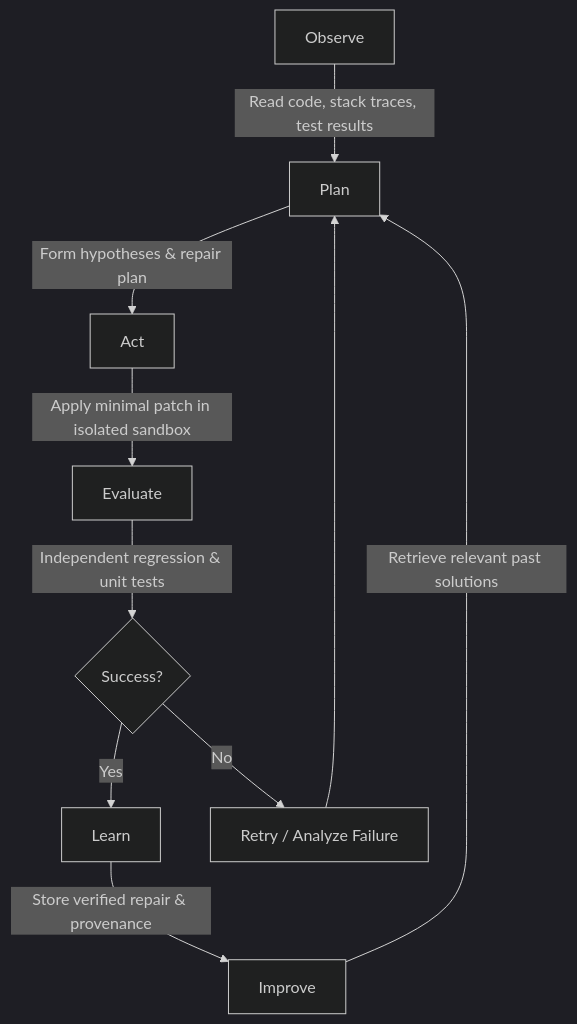
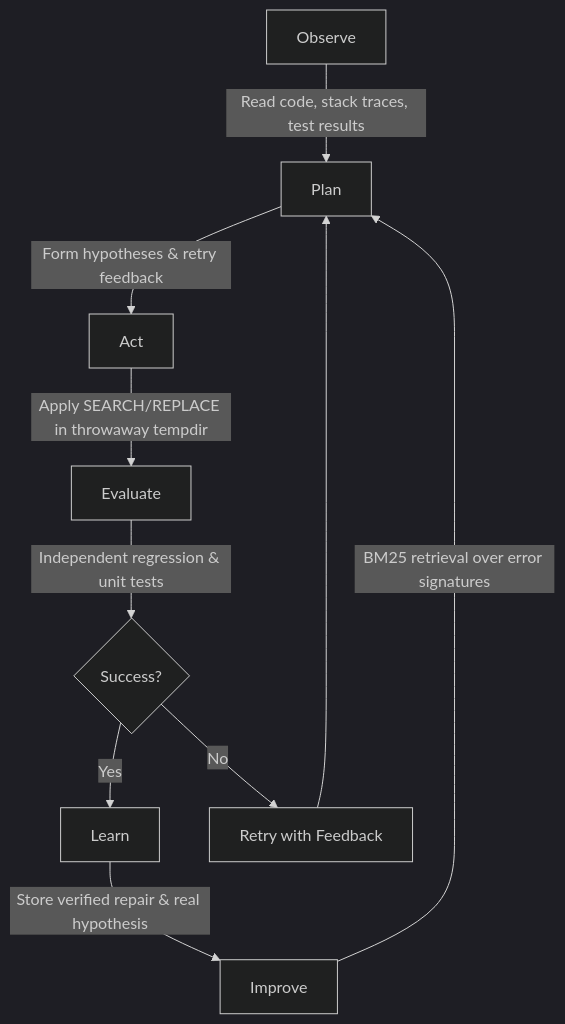
One commit to PrathameshTawar/self-learning- changed the diagram in README.md. Above: the diagram before and after it, drawn with Mermaid (dark theme). The commit also changed other lines of this file, not shown here.

Commit message:
docs: sync README with true architecture, add benchmarks/dashboard to tree, and update milestones

````diff
--- a/README.md
+++ b/README.md
@@ -28,12 +29,12 @@
 ```mermaid
 graph TD
     A[Observe] -->|Read code, stack traces, test results| B[Plan]
-    B -->|Form hypotheses & repair plan| C[Act]
-    C -->|Apply minimal patch in isolated sandbox| D[Evaluate]
+    B -->|Form hypotheses & retry feedback| C[Act]
+    C -->|Apply SEARCH/REPLACE in throwaway tempdir| D[Evaluate]
     D -->|Independent regression & unit tests| E{Success?}
     E -->|Yes| F[Learn]
-    E -->|No| G[Retry / Analyze Failure]
+    E -->|No| G[Retry with Feedback]
     G --> B
-    F -->|Store verified repair & provenance| H[Improve]
-    H -->|Retrieve relevant past solutions| B
+    F -->|Store verified repair & real hypothesis| H[Improve]
+    H -->|BM25 retrieval over error signatures| B
 ```
````
